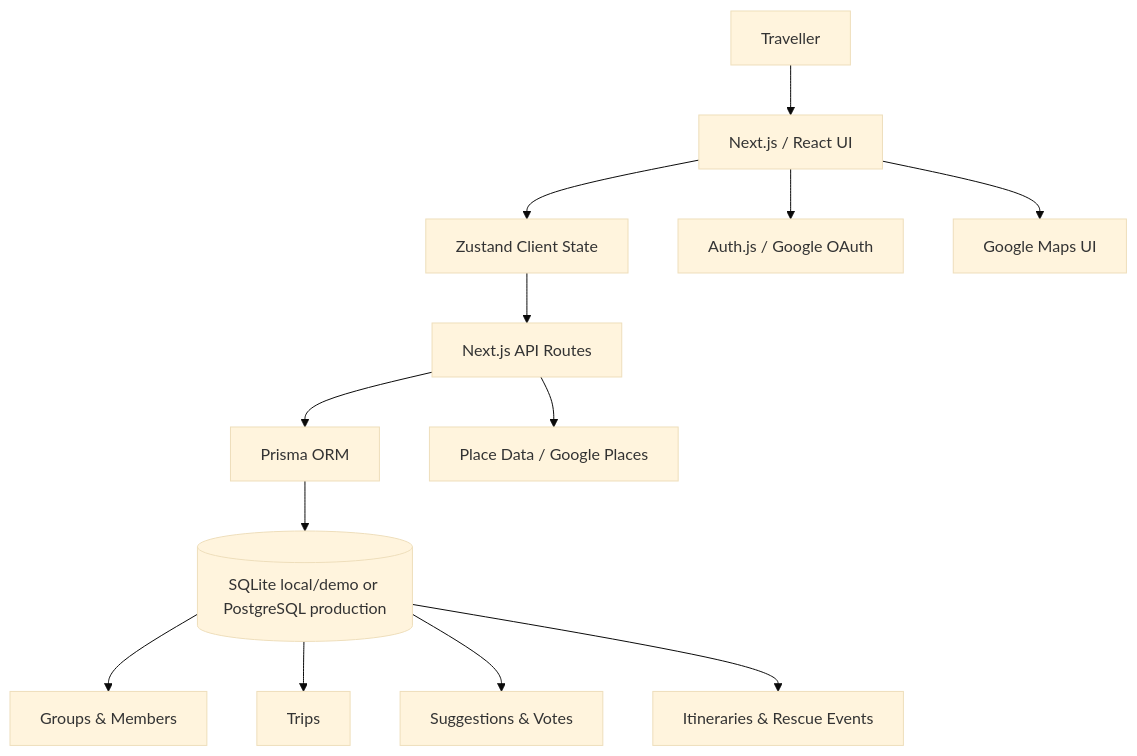
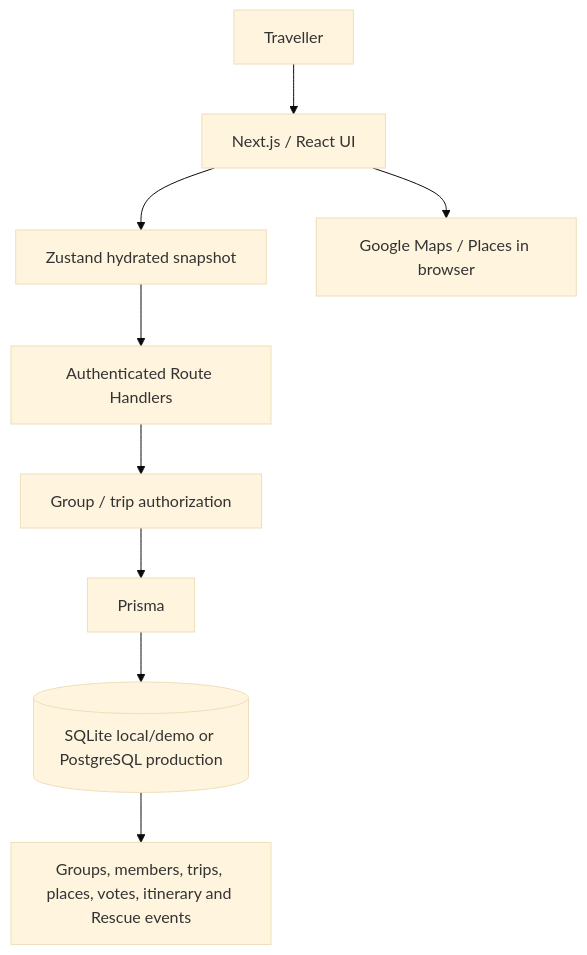
The diagram in README.md (qianyi-11/TravPlanner), drawn with Mermaid (base theme) before and after one commit. The commit also changed other lines of this file, not shown here.

````diff
--- a/README.md
+++ b/README.md
@@ -331,19 +256,11 @@
 ```mermaid
 flowchart TD
     U[Traveller] --> UI[Next.js / React UI]
-
-    UI --> Z[Zustand Client State]
-    Z --> API[Next.js API Routes]
-
-    UI --> AUTH[Auth.js / Google OAuth]
-    API --> P[Prisma ORM]
+    UI --> Z[Zustand hydrated snapshot]
+    Z --> API[Authenticated Route Handlers]
+    API --> AUTH[Group / trip authorization]
+    AUTH --> P[Prisma]
     P --> DB[(SQLite local/demo or PostgreSQL production)]
-
-    UI --> MAP[Google Maps UI]
-    API --> PLACE[Place Data / Google Places]
-
-    DB --> G[Groups & Members]
-    DB --> T[Trips]
-    DB --> S[Suggestions & Votes]
-    DB --> I[Itineraries & Rescue Events]
+    UI --> GM[Google Maps / Places in browser]
+    DB --> D[Groups, members, trips, places, votes, itinerary and Rescue events]
 ```
````
